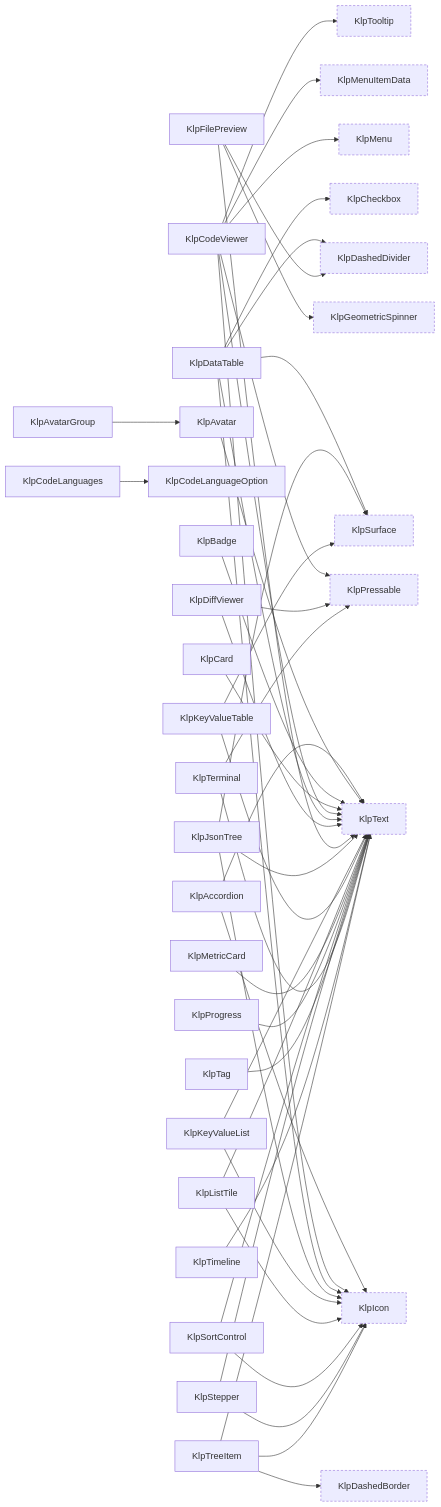
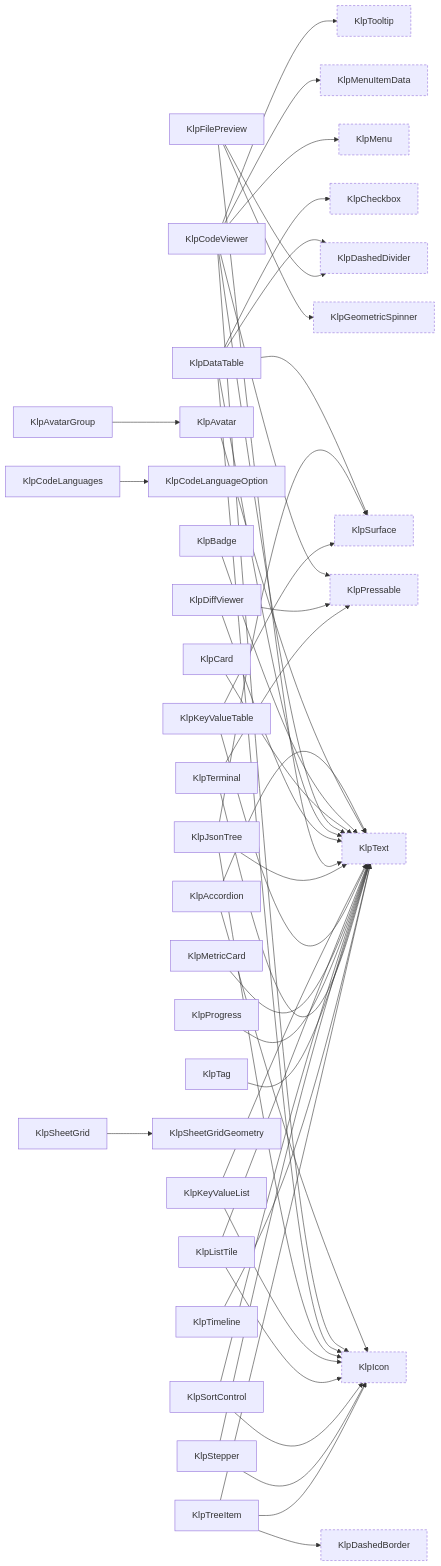
One commit to MiuDog/Kallopis changed the ninth of 16 diagrams in spec/component-inventory.md. Above: the diagram before and after it, drawn with Mermaid. The commit also changed other lines of this file and 95 other files, not shown here.

```diff
--- a/spec/component-inventory.md
+++ b/spec/component-inventory.md
@@ -555,6 +558,8 @@
   KlpMetricCard["KlpMetricCard"]
   KlpPressable["KlpPressable"]:::external
   KlpProgress["KlpProgress"]
+  KlpSheetGrid["KlpSheetGrid"]
+  KlpSheetGridGeometry["KlpSheetGridGeometry"]
   KlpSortControl["KlpSortControl"]
   KlpStepper["KlpStepper"]
   KlpSurface["KlpSurface"]:::external
@@ -598,6 +603,7 @@
   KlpListTile --> KlpText
   KlpMetricCard --> KlpText
   KlpProgress --> KlpText
+  KlpSheetGrid --> KlpSheetGridGeometry
   KlpSortControl --> KlpIcon
   KlpSortControl --> KlpText
   KlpStepper --> KlpIcon
```
